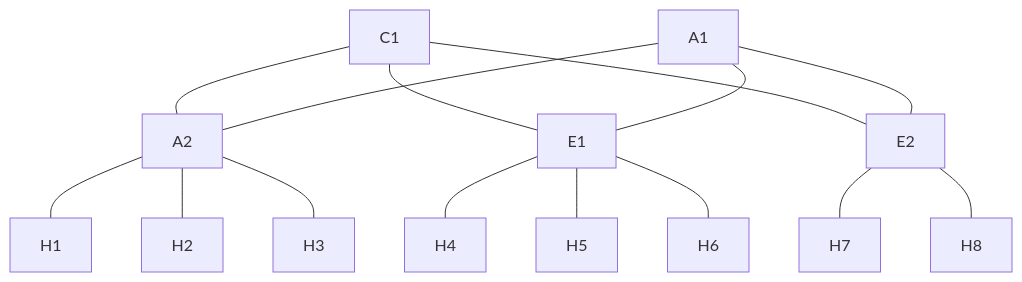
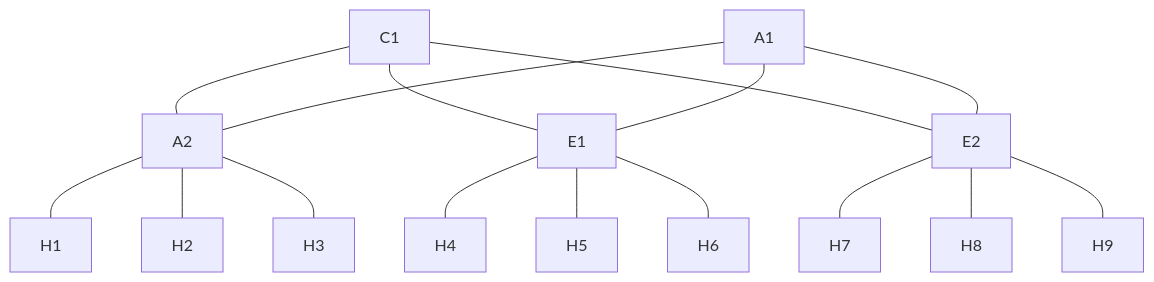
Before and after one commit to JacoboRzts/Notas-SDN: the diagram in Documentación de la red Spine Leaf.md, drawn with Mermaid.

Commit message:
feat: actualiza la topologia la conexion actual

````diff
--- a/Documentación de la red Spine Leaf.md
+++ b/Documentación de la red Spine Leaf.md
@@ -1,17 +1,18 @@
 ```mermaid
 flowchart TD
 C1 --- A2
 C1 --- E1
 C1 --- E2
 A1 --- A2 
 A1 --- E1
 A1 --- E2
 A2 --- H1
 A2 --- H2
 A2 --- H3
 E1 --- H4
 E1 --- H5
 E1 --- H6
 E2 --- H7
 E2 --- H8
+E2 --- H9
 ```
````
